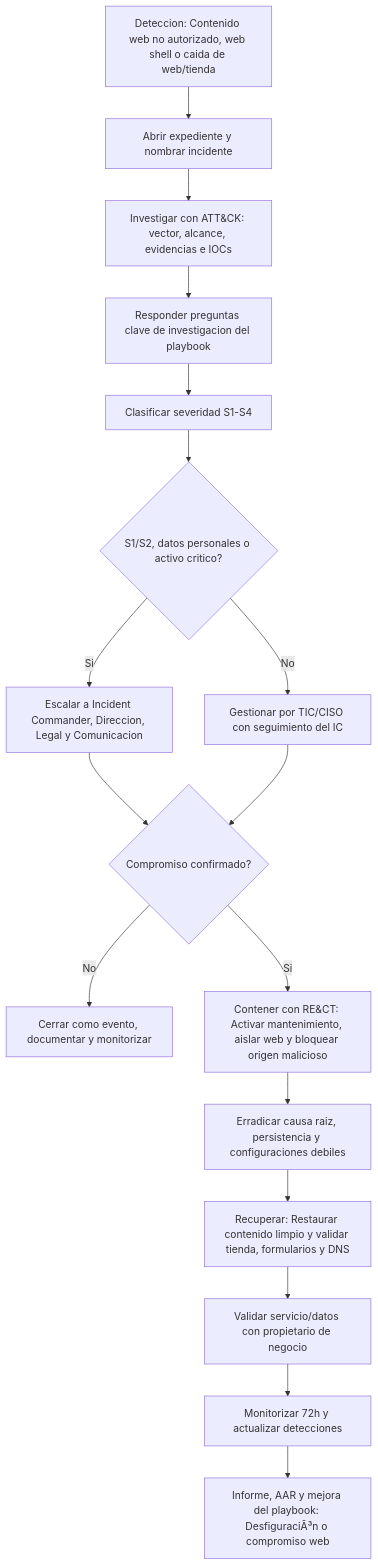
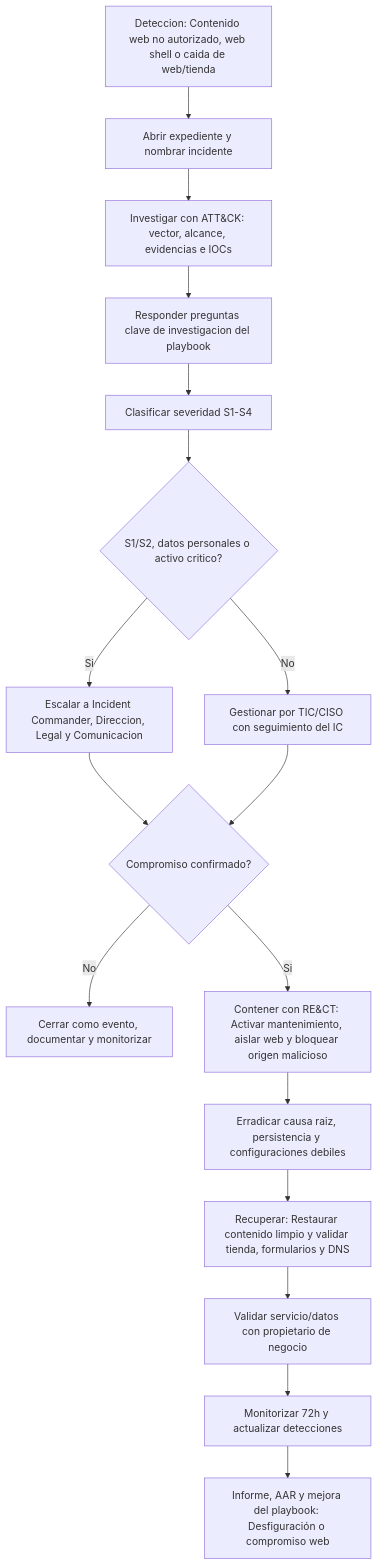
The third of 10 diagrams in 2526-4.1-G3.md (IES-Rafael-Alberti/incident-response-plan-plantilla), drawn with Mermaid before and after one commit. The commit also changed other lines of this file, not shown here.

````diff
--- a/2526-4.1-G3.md
+++ b/2526-4.1-G3.md
@@ -1455,19 +1455,19 @@
 ```mermaid
 flowchart TD
     A["Deteccion: Contenido web no autorizado, web shell o caida de web/tienda"] --> B["Abrir expediente y nombrar incidente"]
     B --> C["Investigar con ATT&CK: vector, alcance, evidencias e IOCs"]
     C --> Q["Responder preguntas clave de investigacion del playbook"]
     Q --> D["Clasificar severidad S1-S4"]
     D --> E{"S1/S2, datos personales o activo critico?"}
     E -- "Si" --> F["Escalar a Incident Commander, Direccion, Legal y Comunicacion"]
     E -- "No" --> G["Gestionar por TIC/CISO con seguimiento del IC"]
     F --> H{"Compromiso confirmado?"}
     G --> H
     H -- "No" --> I["Cerrar como evento, documentar y monitorizar"]
     H -- "Si" --> J["Contener con RE&CT: Activar mantenimiento, aislar web y bloquear origen malicioso"]
     J --> K["Erradicar causa raiz, persistencia y configuraciones debiles"]
     K --> L["Recuperar: Restaurar contenido limpio y validar tienda, formularios y DNS"]
     L --> M["Validar servicio/datos con propietario de negocio"]
     M --> N["Monitorizar 72h y actualizar detecciones"]
-    N --> O["Informe, AAR y mejora del playbook: DesfiguraciÃ³n o compromiso web"]
+    N --> O["Informe, AAR y mejora del playbook: Desfiguración o compromiso web"]
 ```
````
